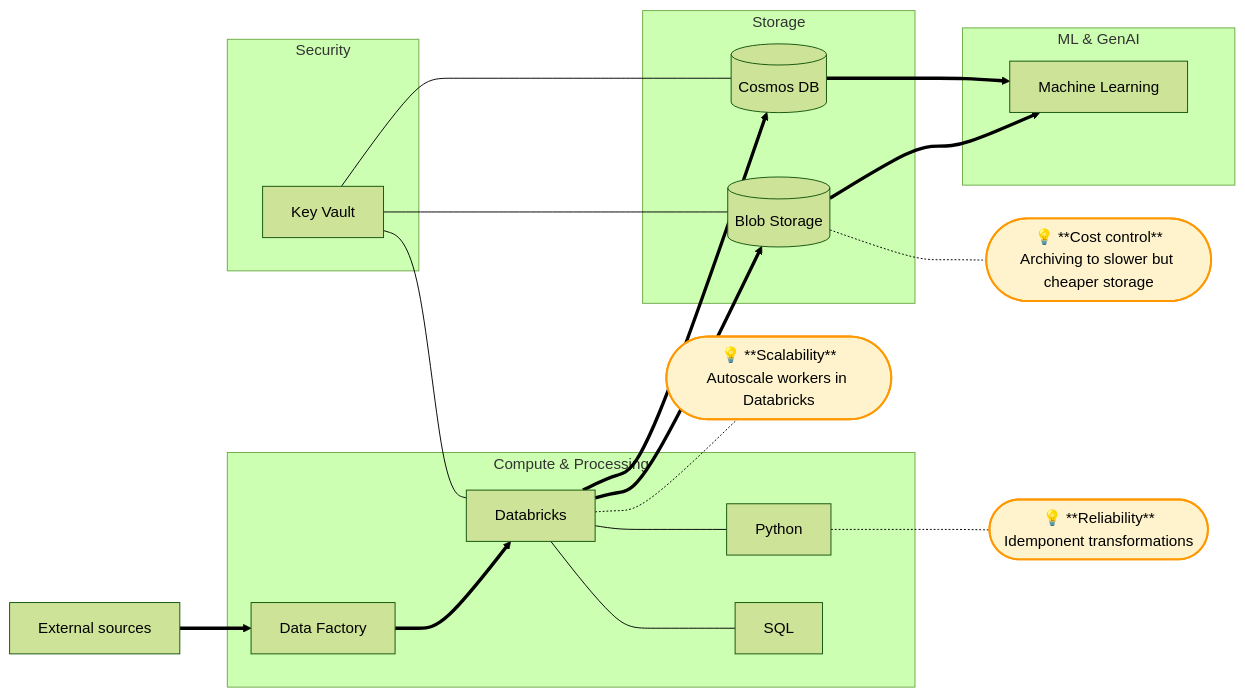
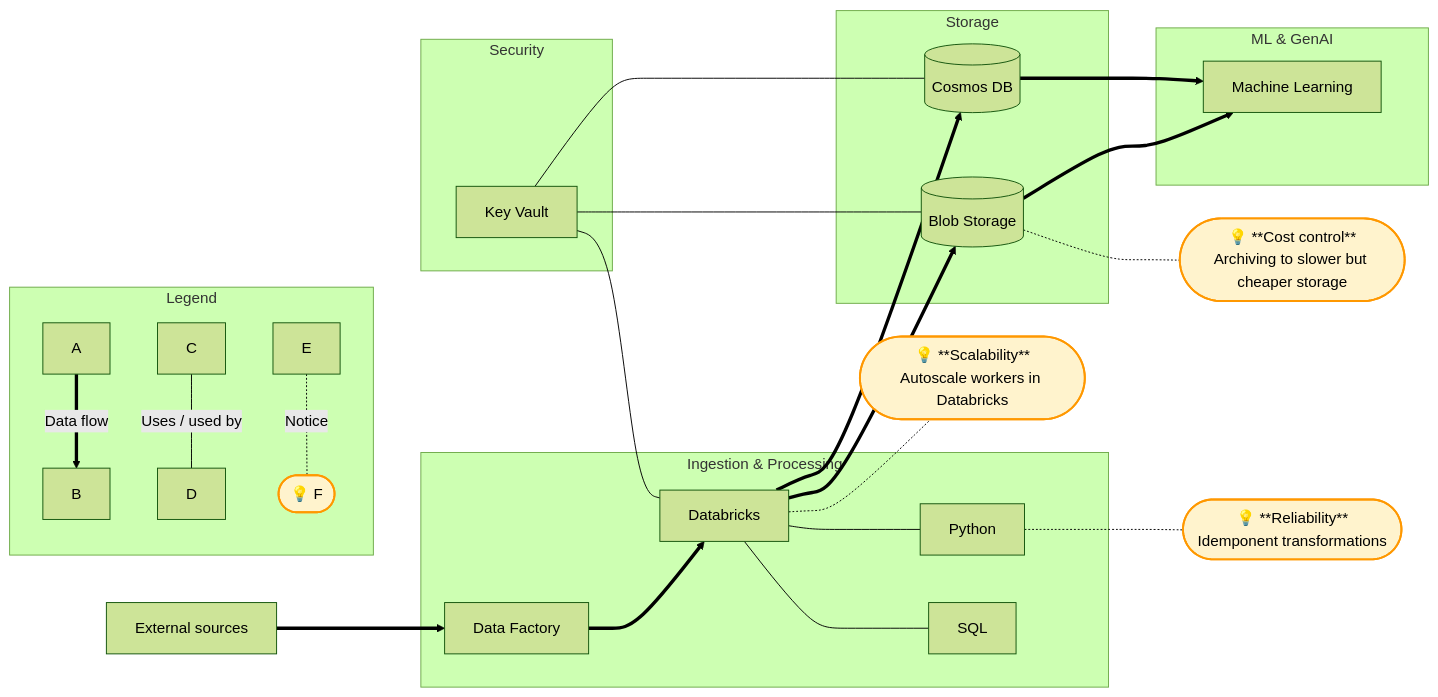
The second of 2 diagrams in docs/system_design_and_architecture.md (Artem-Manin/marktguru-home-assignment), drawn with Mermaid (forest theme) before and after one commit. The commit also changed other lines of this file and 3 other files, not shown here.

````diff
--- a/docs/system_design_and_architecture.md
+++ b/docs/system_design_and_architecture.md
@@ -87,36 +92,48 @@
 ```mermaid
 flowchart LR
-    subgraph Compute & Processing
+    subgraph Ingestion & Processing
         D[Databricks]
         P[Python]
         SQL
         DF[Data Factory]
     end
     subgraph Storage
         B[(Blob Storage)]
         CDB[(Cosmos DB)]
     end
     subgraph Security
         KV[Key Vault]
     end
     subgraph ML & GenAI
         ML[Machine Learning]
     end
+    subgraph Legend
+        A
+        BB[B]
+        C
+        DD[D]
+        EE[E]
+        F([💡 F])
+    end
+A ==>|Data flow| BB
+C ---|Uses / used by| DD
+EE -.-|Notice| F
 D --- P
 D --- SQL
 E[External sources] ==> DF
 DF ==> D
 D ==> B
 D ==> CDB
 KV --- B
 KV --- CDB
 KV --- D
 B ==> ML
 CDB ==> ML
 B -.- CC1([💡 **Cost control**<br>Archiving to slower but cheaper storage])
 D -.- S1([💡 **Scalability**<br>Autoscale workers in Databricks])
 P -.- R1([💡 **Reliability**<br>Idemponent transformations])
 style CC1 fill:#fff3cd,stroke:#ff9800,stroke-width:2px,color:#000
 style S1 fill:#fff3cd,stroke:#ff9800,stroke-width:2px,color:#000
 style R1 fill:#fff3cd,stroke:#ff9800,stroke-width:2px,color:#000
+style F fill:#fff3cd,stroke:#ff9800,stroke-width:2px,color:#000
 ```
````
